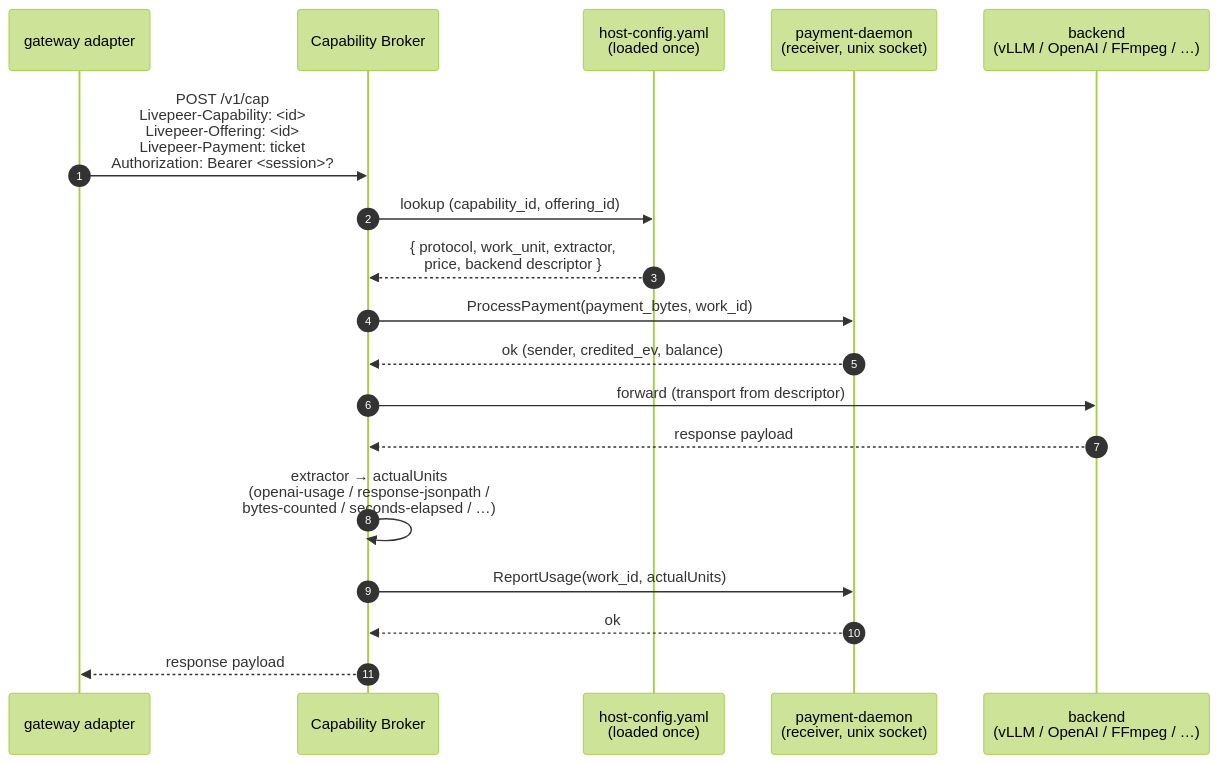
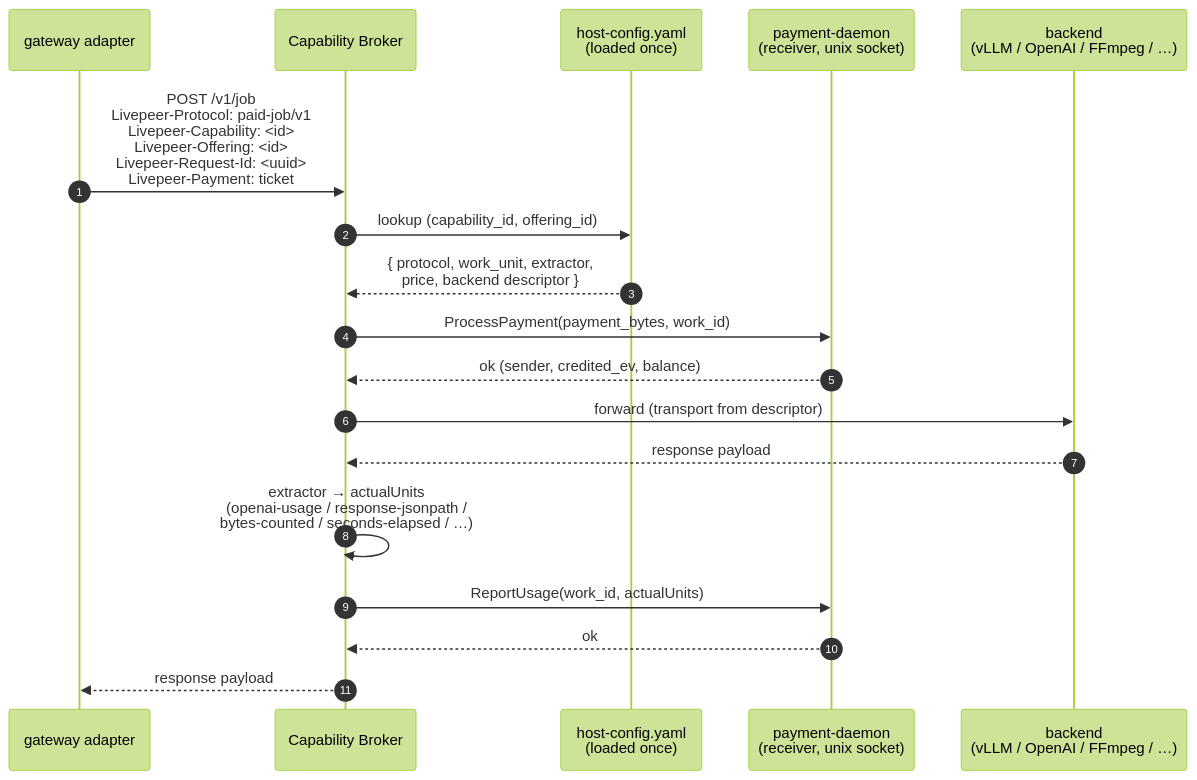
One commit to Cloud-SPE/livepeer-network-modules changed the third of 9 diagrams in docs/design-docs/architecture-overview.md. Above: the diagram before and after it, drawn with Mermaid (forest theme). The commit also changed other lines of this file and 101 other files, not shown here.

````diff
--- a/docs/design-docs/architecture-overview.md
+++ b/docs/design-docs/architecture-overview.md
@@ -201,23 +205,23 @@
 ```mermaid
 sequenceDiagram
     autonumber
     participant GW as gateway adapter
     participant Broker as Capability Broker
     participant Cfg as host-config.yaml<br/>(loaded once)
     participant PD as payment-daemon<br/>(receiver, unix socket)
     participant Backend as backend<br/>(vLLM / OpenAI / FFmpeg / …)
 
-    GW->>Broker: POST /v1/cap<br/>Livepeer-Capability: <id><br/>Livepeer-Offering: <id><br/>Livepeer-Payment: ticket<br/>Authorization: Bearer <session>?
+    GW->>Broker: POST /v1/job<br/>Livepeer-Protocol: paid-job/v1<br/>Livepeer-Capability: <id><br/>Livepeer-Offering: <id><br/>Livepeer-Request-Id: <uuid><br/>Livepeer-Payment: ticket
     Broker->>Cfg: lookup (capability_id, offering_id)
     Cfg-->>Broker: { protocol, work_unit, extractor,<br/>price, backend descriptor }
     Broker->>PD: ProcessPayment(payment_bytes, work_id)
     PD-->>Broker: ok (sender, credited_ev, balance)
 
     Broker->>Backend: forward (transport from descriptor)
     Backend-->>Broker: response payload
 
     Broker->>Broker: extractor → actualUnits<br/>(openai-usage / response-jsonpath /<br/>bytes-counted / seconds-elapsed / …)
     Broker->>PD: ReportUsage(work_id, actualUnits)
     PD-->>Broker: ok
     Broker-->>GW: response payload
 ```
````
